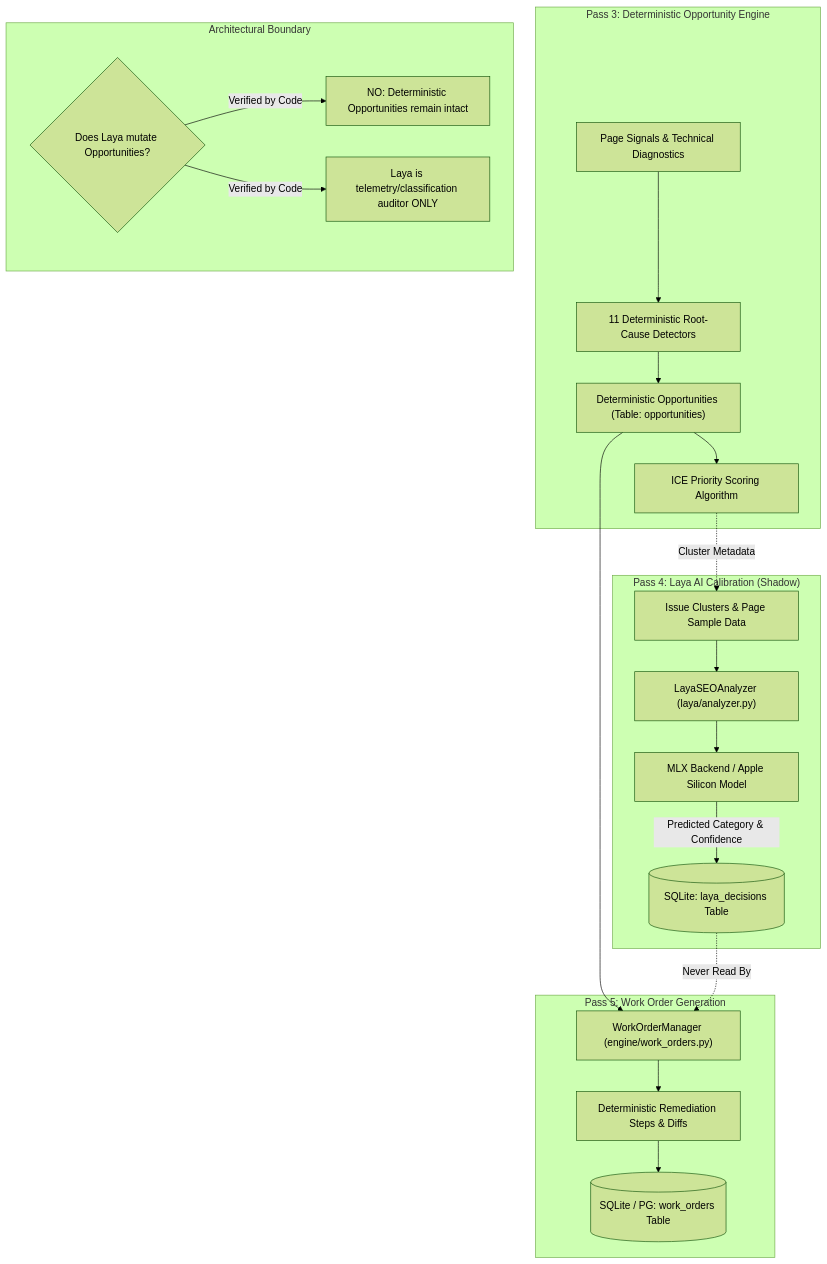
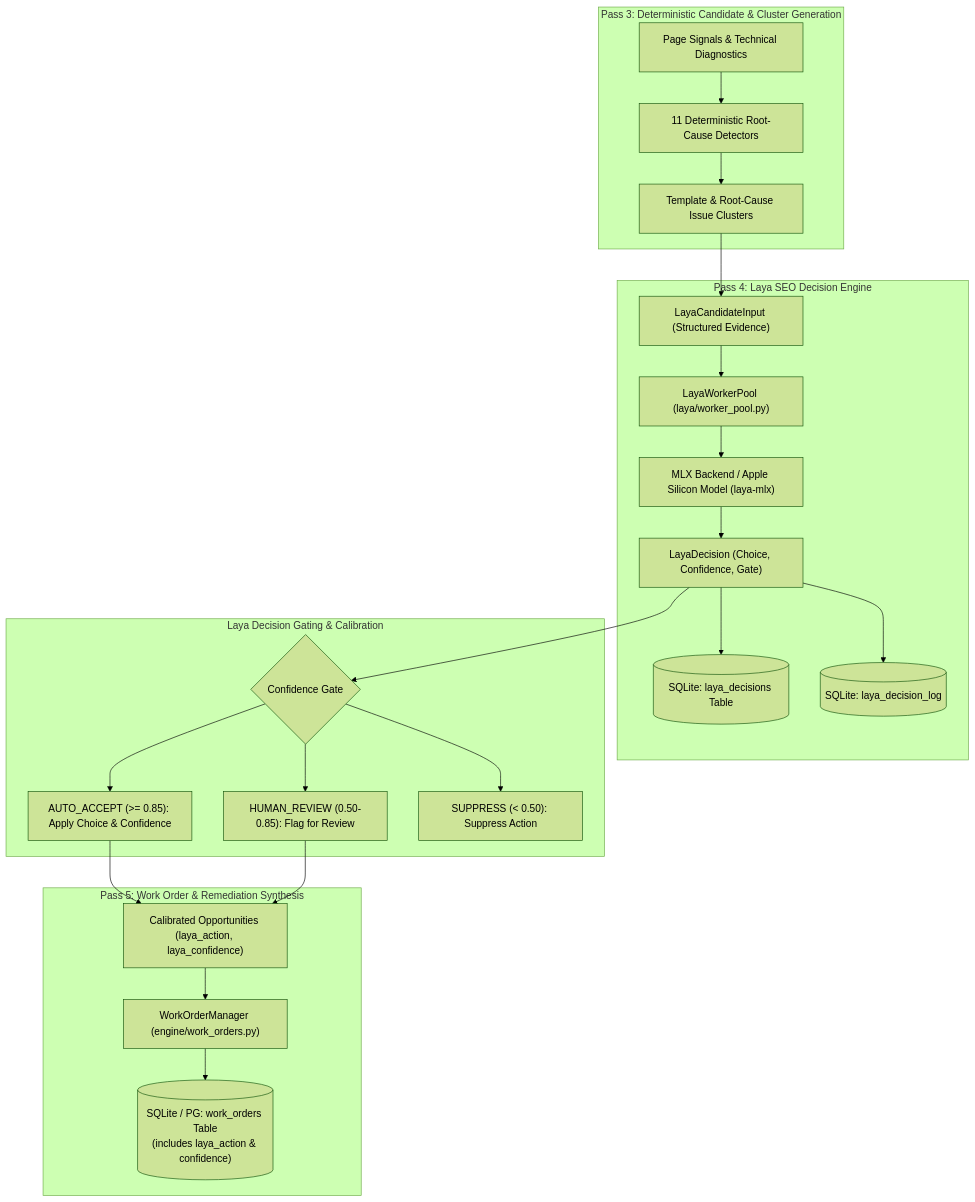
Before and after one commit to 07anishu12/SEO-Agent-using-LAYA: the third of 7 diagrams in docs/SEOJEV_COMPLETE_ARCHITECTURE.md, drawn with Mermaid (forest theme). The commit also changed other lines of this file and 33 other files, not shown here.

````diff
--- a/docs/SEOJEV_COMPLETE_ARCHITECTURE.md
+++ b/docs/SEOJEV_COMPLETE_ARCHITECTURE.md
@@ -265,39 +265,43 @@
 ```mermaid
 flowchart TD
-    subgraph Pass3["Pass 3: Deterministic Opportunity Engine"]
+    subgraph Pass3["Pass 3: Deterministic Candidate & Cluster Generation"]
         Signals["Page Signals & Technical Diagnostics"]
         Detectors["11 Deterministic Root-Cause Detectors"]
-        Opps["Deterministic Opportunities (Table: opportunities)"]
-        Priority["ICE Priority Scoring Algorithm"]
-        Signals --> Detectors --> Opps --> Priority
+        Clusters["Template & Root-Cause Issue Clusters"]
+        Signals --> Detectors --> Clusters
     end
 
-    subgraph Pass4["Pass 4: Laya AI Calibration (Shadow)"]
-        Clusters["Issue Clusters & Page Sample Data"]
-        LayaAnalyzer["LayaSEOAnalyzer (laya/analyzer.py)"]
-        MLXInference["MLX Backend / Apple Silicon Model"]
-        LayaDecisions[("SQLite: laya_decisions Table")]
+    subgraph Pass4["Pass 4: Laya SEO Decision Engine"]
+        LayaPool["LayaWorkerPool (laya/worker_pool.py)"]
+        Candidates["LayaCandidateInput (Structured Evidence)"]
+        MLXInference["MLX Backend / Apple Silicon Model (laya-mlx)"]
+        Decisions["LayaDecision (Choice, Confidence, Gate)"]
+        LayaDecisionsTable[("SQLite: laya_decisions Table")]
+        AuditLog[("SQLite: laya_decision_log")]
         
-        Clusters --> LayaAnalyzer
-        LayaAnalyzer --> MLXInference
-        MLXInference -->|Predicted Category & Confidence| LayaDecisions
+        Clusters --> Candidates --> LayaPool
+        LayaPool --> MLXInference --> Decisions
+        Decisions --> LayaDecisionsTable
+        Decisions --> AuditLog
     end
 
-    subgraph OpportunityBoundary["Architectural Boundary"]
-        Barrier{"Does Laya mutate Opportunities?"}
-        NoOverride["NO: Deterministic Opportunities remain intact"]
-        AuditOnly["Laya is telemetry/classification auditor ONLY"]
-        Barrier -->|Verified by Code| NoOverride
-        Barrier -->|Verified by Code| AuditOnly
+    subgraph DecisionIntegration["Laya Decision Gating & Calibration"]
+        Gate{"Confidence Gate"}
+        AutoAccept["AUTO_ACCEPT (>= 0.85): Apply Choice & Confidence"]
+        HumanReview["HUMAN_REVIEW (0.50-0.85): Flag for Review"]
+        Suppress["SUPPRESS (< 0.50): Suppress Action"]
+        Gate --> AutoAccept
+        Gate --> HumanReview
+        Gate --> Suppress
+        Decisions --> Gate
     end
 
-    subgraph Pass5["Pass 5: Work Order Generation"]
+    subgraph Pass5["Pass 5: Work Order & Remediation Synthesis"]
+        Opps["Calibrated Opportunities (laya_action, laya_confidence)"]
         WorkOrderMgr["WorkOrderManager (engine/work_orders.py)"]
-        Remediation["Deterministic Remediation Steps & Diffs"]
-        WorkOrders[("SQLite / PG: work_orders Table")]
-        Opps --> WorkOrderMgr --> Remediation --> WorkOrders
+        WorkOrders[("SQLite / PG: work_orders Table\n(includes laya_action & confidence)")]
+        AutoAccept --> Opps
+        HumanReview --> Opps
+        Opps --> WorkOrderMgr --> WorkOrders
     end
-
-    Priority -.->|Cluster Metadata| Clusters
-    LayaDecisions -.->|Never Read By| WorkOrderMgr
 ```
````
